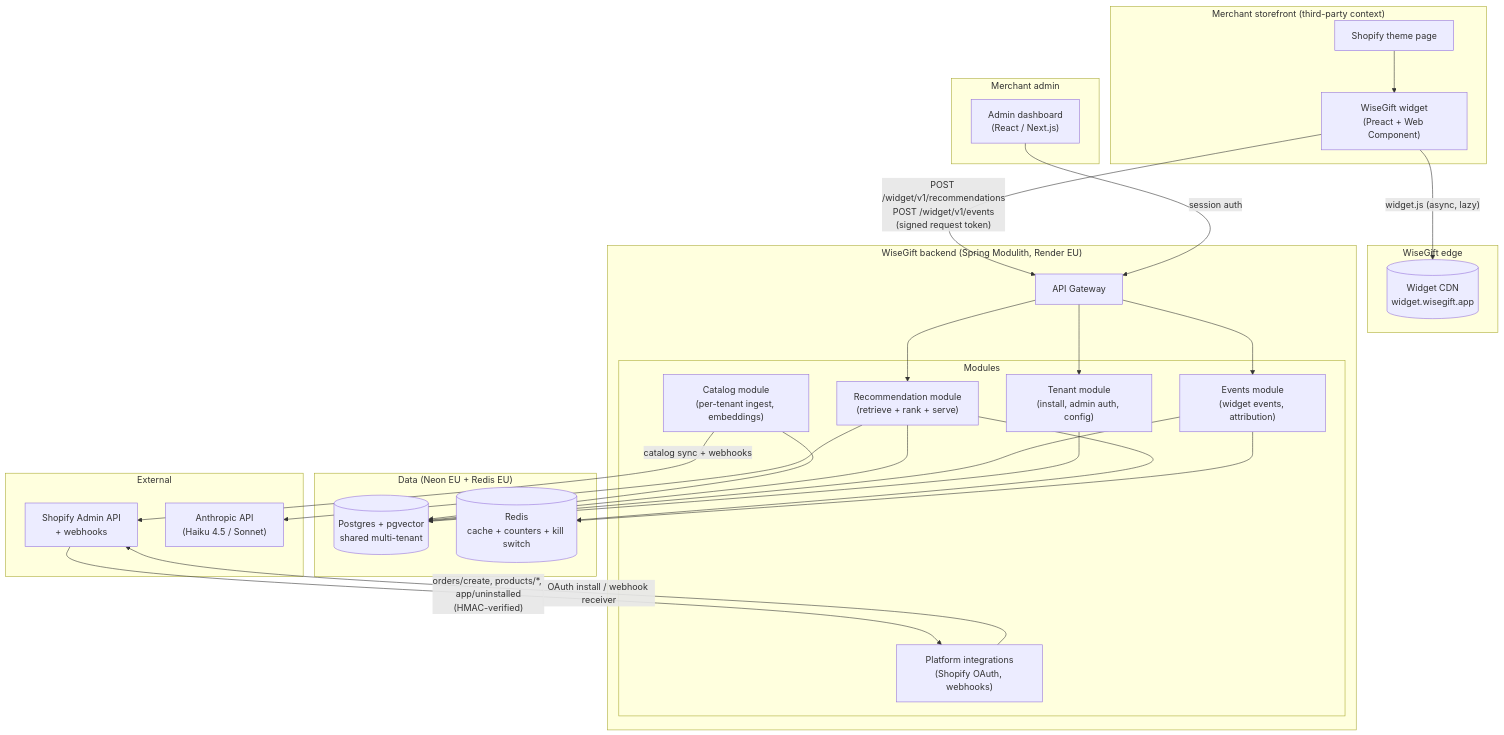
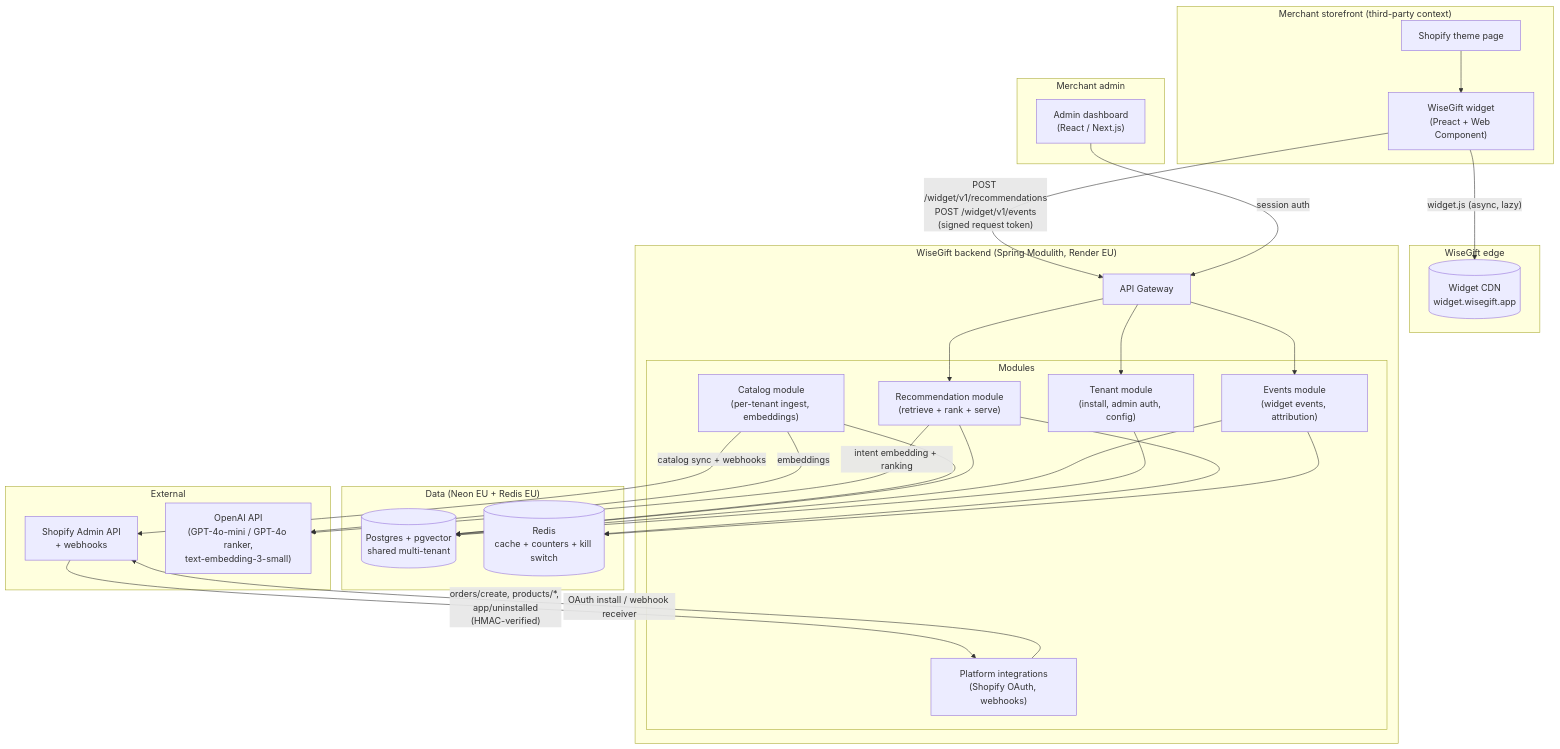
The diagram in docs/engineering/architecture.md (jmssampaio/wisegift-hq), drawn with Mermaid before and after one commit. The commit also changed other lines of this file and 3 other files, not shown here.

Commit message:
docs: M1·2 P1–P3 accepted; OpenAI EU residency decision; align spec + architecture with M1·2, G5 and live contracts

````diff
--- a/docs/engineering/architecture.md
+++ b/docs/engineering/architecture.md
@@ -48,54 +49,55 @@
 ```mermaid
 graph TD
     subgraph "Merchant storefront (third-party context)"
         SHOP["Shopify theme page"]
         WIDGET["WiseGift widget<br/>(Preact + Web Component)"]
         SHOP --> WIDGET
     end
 
     subgraph "Merchant admin"
         ADMIN["Admin dashboard<br/>(React / Next.js)"]
     end
 
     subgraph "WiseGift edge"
         CDN[("Widget CDN<br/>widget.wisegift.app")]
     end
 
     subgraph "WiseGift backend (Spring Modulith, Render EU)"
         API["API Gateway"]
         subgraph "Modules"
             TENANT["Tenant module<br/>(install, admin auth, config)"]
             CATALOG["Catalog module<br/>(per-tenant ingest, embeddings)"]
             RECO["Recommendation module<br/>(retrieve + rank + serve)"]
             EVENTS["Events module<br/>(widget events, attribution)"]
             PLATFORM["Platform integrations<br/>(Shopify OAuth, webhooks)"]
         end
     end
 
     subgraph "Data (Neon EU + Redis EU)"
         PG[("Postgres + pgvector<br/>shared multi-tenant")]
         REDIS[("Redis<br/>cache + counters + kill switch")]
     end
 
     subgraph "External"
         SHOPIFY["Shopify Admin API<br/>+ webhooks"]
-        ANTHROPIC["Anthropic API<br/>(Haiku 4.5 / Sonnet)"]
+        OPENAI["OpenAI API<br/>(GPT-4o-mini / GPT-4o ranker,<br/>text-embedding-3-small)"]
     end
 
     WIDGET -->|"widget.js (async, lazy)"| CDN
     WIDGET -->|"POST /widget/v1/recommendations<br/>POST /widget/v1/events<br/>(signed request token)"| API
     ADMIN -->|"session auth"| API
     SHOPIFY -->|"orders/create, products/*, app/uninstalled<br/>(HMAC-verified)"| PLATFORM
     API --> TENANT
     API --> RECO
     API --> EVENTS
     CATALOG -->|"catalog sync + webhooks"| SHOPIFY
     PLATFORM -->|"OAuth install / webhook receiver"| SHOPIFY
     CATALOG --> PG
+    CATALOG -->|"embeddings"| OPENAI
     RECO --> PG
     RECO --> REDIS
-    RECO --> ANTHROPIC
+    RECO -->|"intent embedding + ranking"| OPENAI
     EVENTS --> PG
     EVENTS --> REDIS
     TENANT --> PG
 ```
````
